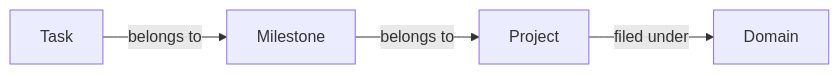
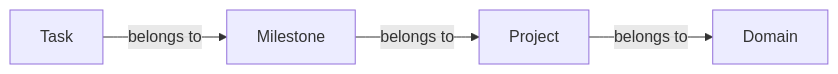
The diagram in manual/docs/en/tasks/overview.md (granoflow/granoflow-docs), drawn with Mermaid before and after one commit. The commit also changed other lines of this file and 27 other files, not shown here.

````diff
--- a/manual/docs/en/tasks/overview.md
+++ b/manual/docs/en/tasks/overview.md
@@ -37,6 +41,6 @@
 ```mermaid
 graph LR
   A[Task] -->|belongs to| B[Milestone]
   B -->|belongs to| C[Project]
-  C -->|filed under| D[Domain]
+  C -->|belongs to| D[Domain]
 ```
````
